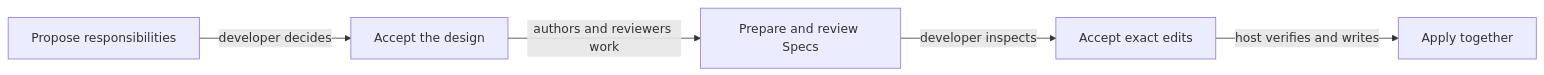
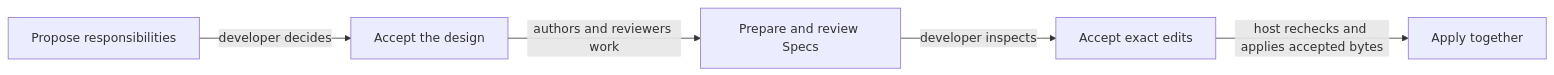
One commit to FTOD/concorde changed the first of 2 diagrams in specs/concorde/topology/module.md. Above: the diagram before and after it, drawn with Mermaid. The commit also changed other lines of this file and 13 other files, not shown here.

Commit message:
docs: surface operation flow overviews in Module Specs

````diff
--- a/specs/concorde/topology/module.md
+++ b/specs/concorde/topology/module.md
@@ -49,14 +84,14 @@
 ```mermaid
 flowchart LR
-    accTitle: Two acceptances for a topology change
-    accDescr: Agree on the responsibility design, prepare and review the affected specifications, then approve and apply the exact edits.
+    accTitle: Topology flow overview
+    accDescr: Agree on the responsibility design, prepare and review the affected specifications, then separately approve and apply the exact edits. The arrows include developer decisions, not automatic runtime transitions.
     design["Propose responsibilities"]
     agree["Accept the design"]
     prepare["Prepare and review Specs"]
     approve["Accept exact edits"]
     apply["Apply together"]
     design -->|developer decides| agree
     agree -->|authors and reviewers work| prepare
     prepare -->|developer inspects| approve
-    approve -->|host verifies and writes| apply
+    approve -->|host rechecks and applies accepted bytes| apply
 ```
````
